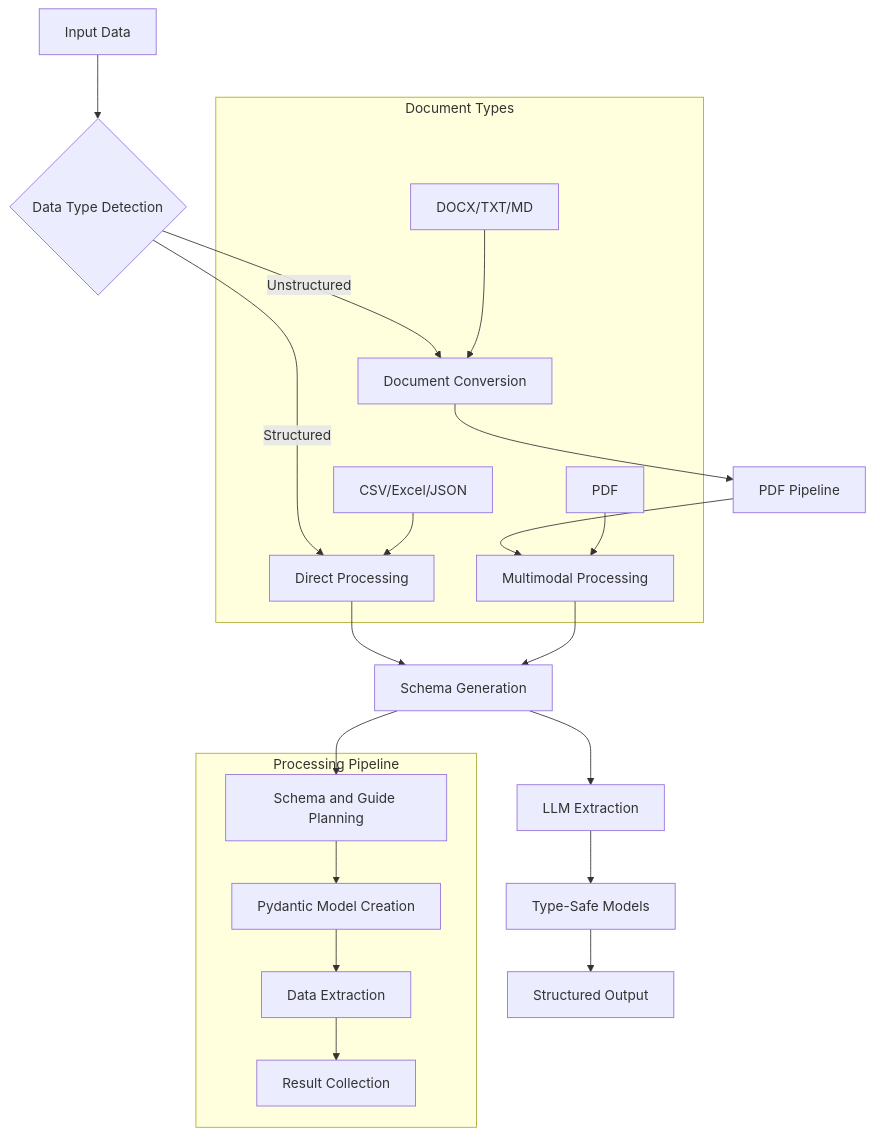
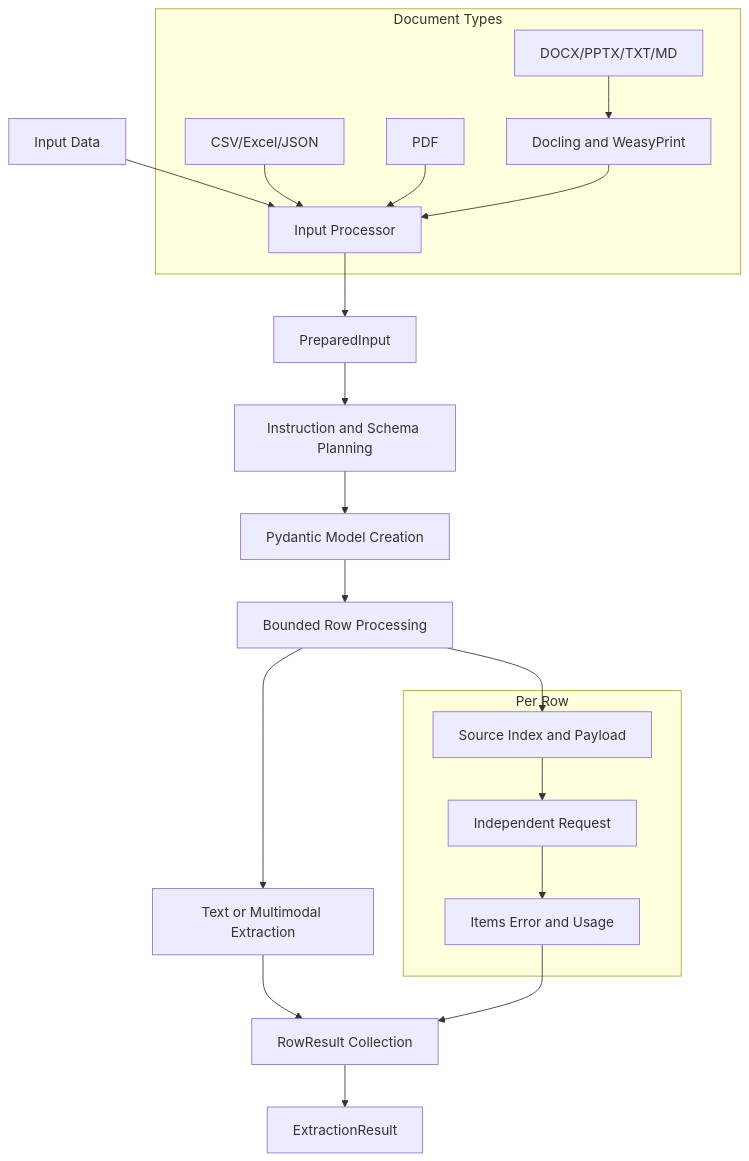
Before and after one commit to Blacksuan19/structx: the diagram in docs/index.md, drawn with Mermaid. The commit also changed other lines of this file and 15 other files, not shown here.

````diff
--- a/docs/index.md
+++ b/docs/index.md
@@ -56,29 +56,26 @@
 ```mermaid
 graph TB
-    A[Input Data] --> B{Data Type Detection}
-    B -->|Structured| C[Direct Processing]
-    B -->|Unstructured| D[Document Conversion]
-
-    C --> E[Schema Generation]
-    D --> F[PDF Pipeline]
-    F --> G[Multimodal Processing]
-    G --> E
-
-    E --> H[LLM Extraction]
-    H --> I[Type-Safe Models]
-    I --> J[Structured Output]
+    A[Input Data] --> B[Input Processor]
+    B --> C[PreparedInput]
+    C --> D[Instruction and Schema Planning]
+    D --> E[Pydantic Model Creation]
+    E --> F[Bounded Row Processing]
+    F --> G[Text or Multimodal Extraction]
+    G --> H[RowResult Collection]
+    H --> I[ExtractionResult]
 
     subgraph "Document Types"
-        K[CSV/Excel/JSON] --> C
-        L[PDF] --> G
-        M[DOCX/TXT/MD] --> D
+        J[CSV/Excel/JSON] --> B
+        K[PDF] --> B
+        L[DOCX/PPTX/TXT/MD] --> M[Docling and WeasyPrint]
+        M --> B
     end
 
-    subgraph "Processing Pipeline"
-        N[Schema and Guide Planning] --> O[Pydantic Model Creation]
-        O --> P[Data Extraction]
-        P --> Q[Result Collection]
+    subgraph "Per Row"
+        N[Source Index and Payload] --> O[Independent Request]
+        O --> P[Items Error and Usage]
     end
 
-    E --> N
+    F --> N
+    P --> H
 ```
````
